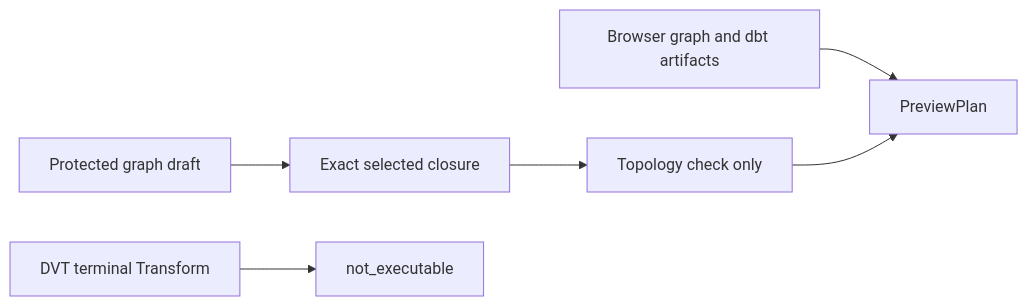
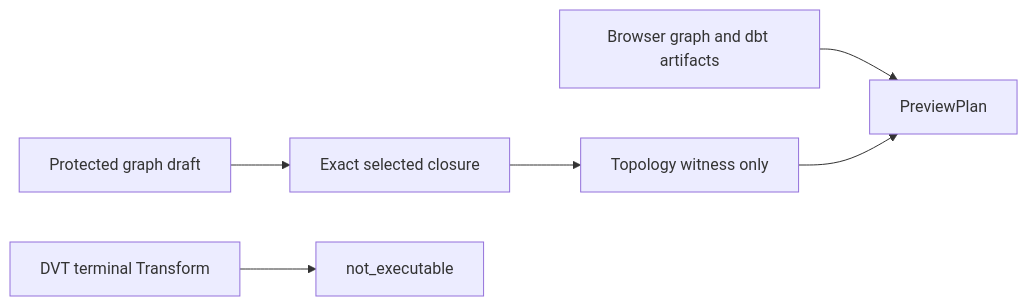
One commit to dunay2/dvt changed the first of 2 diagrams in docs/planning/proposals/mandatory/runtime-and-contracts/vtx2-generic-execution-workload-projection-plan-20260903.md. Above: the diagram before and after it, drawn with Mermaid. The commit also changed other lines of this file, not shown here.

````diff
--- a/docs/planning/proposals/mandatory/runtime-and-contracts/vtx2-generic-execution-workload-projection-plan-20260903.md
+++ b/docs/planning/proposals/mandatory/runtime-and-contracts/vtx2-generic-execution-workload-projection-plan-20260903.md
@@ -34,8 +34,8 @@
 ```mermaid
 flowchart LR
   Draft[Protected graph draft] --> Closure[Exact selected closure]
   Browser[Browser graph and dbt artifacts] --> Preview[PreviewPlan]
-  Closure --> Check[Topology check only]
+  Closure --> Check[Topology witness only]
   Check --> Preview
   DVT[DVT terminal Transform] --> Blocked[not_executable]
 ```
````
